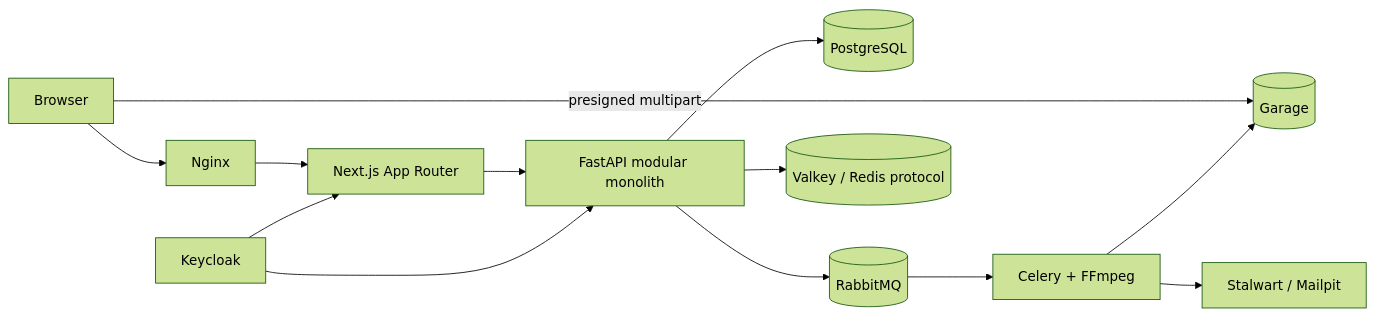
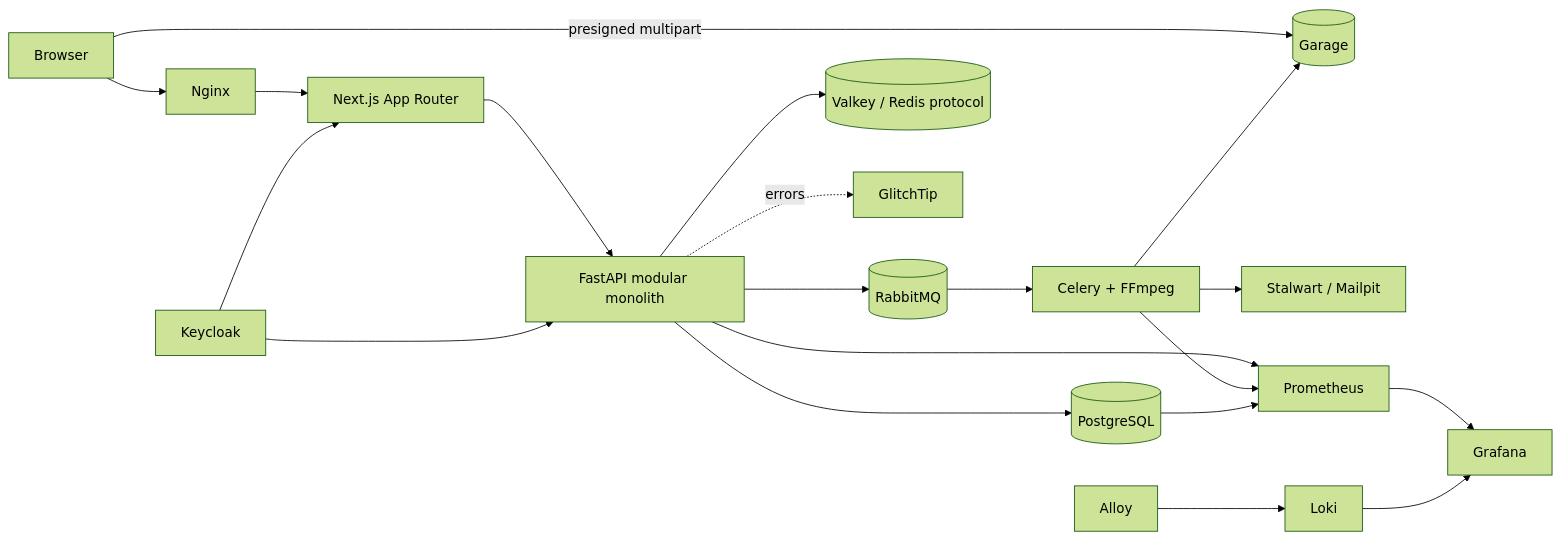
The diagram in README.md (khanhnkq/feed.io), drawn with Mermaid (forest theme) before and after one commit. The commit also changed other lines of this file and 37 other files, not shown here.

````diff
--- a/README.md
+++ b/README.md
@@ -39,15 +40,22 @@
 ```mermaid
 flowchart LR
     Browser --> Nginx
     Nginx --> Web[Next.js App Router]
     Web --> API[FastAPI modular monolith]
     Browser -->|presigned multipart| Garage[(Garage)]
     API --> PostgreSQL[(PostgreSQL)]
     API --> RabbitMQ[(RabbitMQ)]
     API --> Valkey[(Valkey / Redis protocol)]
     RabbitMQ --> Worker[Celery + FFmpeg]
     Worker --> Garage
     Keycloak --> Web
     Keycloak --> API
     Worker --> Mail[Stalwart / Mailpit]
+    API --> Prometheus
+    Worker --> Prometheus
+    PostgreSQL --> Prometheus
+    Alloy --> Loki
+    Prometheus --> Grafana
+    Loki --> Grafana
+    API -. errors .-> GlitchTip
 ```
````
